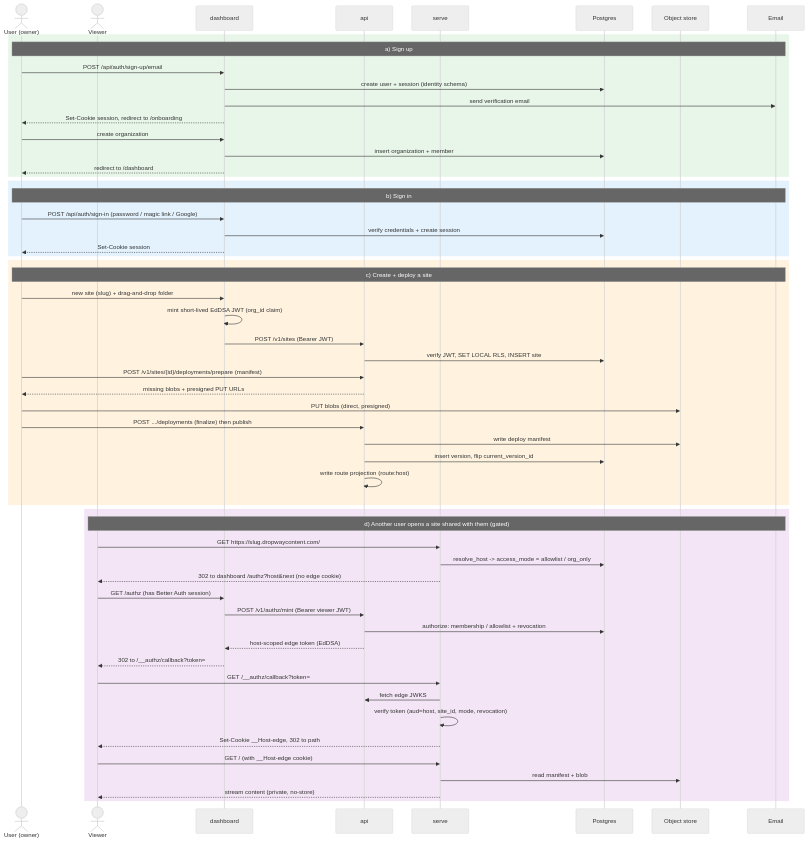
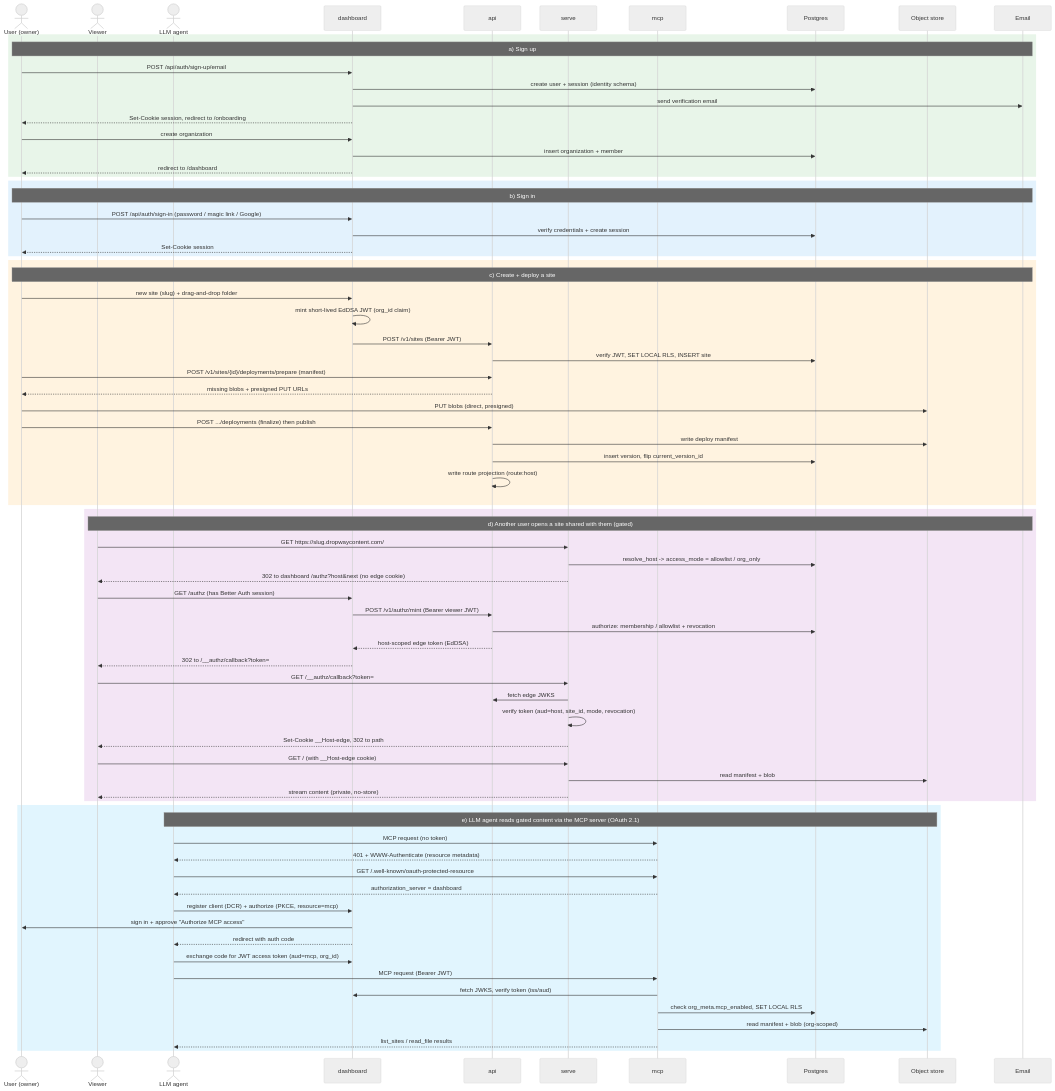
Before and after one commit to danielpang/dropway: the second of 2 diagrams in docs/diagrams/README.md, drawn with Mermaid (neutral theme). The commit also changed other lines of this file and 6 other files, not shown here.

First line of the commit message:
docs: MCP server setup instructions + factor it into the system diagrams

````diff
--- a/docs/diagrams/README.md
+++ b/docs/diagrams/README.md
@@ -68,63 +85,82 @@
 ```mermaid
 sequenceDiagram
   actor U as User (owner)
   actor V as Viewer
+  actor L as LLM agent
   participant D as dashboard
   participant A as api
   participant S as serve
+  participant MCP as mcp
   participant PG as Postgres
   participant OS as Object store
   participant M as Email
 
   rect rgb(232,245,233)
     note over U,M: a) Sign up
     U->>D: POST /api/auth/sign-up/email
     D->>PG: create user + session (identity schema)
     D->>M: send verification email
     D-->>U: Set-Cookie session, redirect to /onboarding
     U->>D: create organization
     D->>PG: insert organization + member
     D-->>U: redirect to /dashboard
   end
 
   rect rgb(227,242,253)
     note over U,M: b) Sign in
     U->>D: POST /api/auth/sign-in (password / magic link / Google)
     D->>PG: verify credentials + create session
     D-->>U: Set-Cookie session
   end
 
   rect rgb(255,243,224)
     note over U,M: c) Create + deploy a site
     U->>D: new site (slug) + drag-and-drop folder
     D->>D: mint short-lived EdDSA JWT (org_id claim)
     D->>A: POST /v1/sites (Bearer JWT)
     A->>PG: verify JWT, SET LOCAL RLS, INSERT site
     U->>A: POST /v1/sites/{id}/deployments/prepare (manifest)
     A-->>U: missing blobs + presigned PUT URLs
     U->>OS: PUT blobs (direct, presigned)
     U->>A: POST .../deployments (finalize) then publish
     A->>OS: write deploy manifest
     A->>PG: insert version, flip current_version_id
     A->>A: write route projection (route:host)
   end
 
   rect rgb(243,229,245)
     note over V,M: d) Another user opens a site shared with them (gated)
     V->>S: GET https://slug.dropwaycontent.com/
     S->>PG: resolve_host -> access_mode = allowlist / org_only
     S-->>V: 302 to dashboard /authz?host&next (no edge cookie)
     V->>D: GET /authz (has Better Auth session)
     D->>A: POST /v1/authz/mint (Bearer viewer JWT)
     A->>PG: authorize: membership / allowlist + revocation
     A-->>D: host-scoped edge token (EdDSA)
     D-->>V: 302 to /__authz/callback?token=
     V->>S: GET /__authz/callback?token=
     S->>A: fetch edge JWKS
     S->>S: verify token (aud=host, site_id, mode, revocation)
     S-->>V: Set-Cookie __Host-edge, 302 to path
     V->>S: GET / (with __Host-edge cookie)
     S->>OS: read manifest + blob
     S-->>V: stream content (private, no-store)
   end
+
+  rect rgb(225,245,254)
+    note over L,OS: e) LLM agent reads gated content via the MCP server (OAuth 2.1)
+    L->>MCP: MCP request (no token)
+    MCP-->>L: 401 + WWW-Authenticate (resource metadata)
+    L->>MCP: GET /.well-known/oauth-protected-resource
+    MCP-->>L: authorization_server = dashboard
+    L->>D: register client (DCR) + authorize (PKCE, resource=mcp)
+    D->>U: sign in + approve "Authorize MCP access"
+    D-->>L: redirect with auth code
+    L->>D: exchange code for JWT access token (aud=mcp, org_id)
+    L->>MCP: MCP request (Bearer JWT)
+    MCP->>D: fetch JWKS, verify token (iss/aud)
+    MCP->>PG: check org_meta.mcp_enabled, SET LOCAL RLS
+    MCP->>OS: read manifest + blob (org-scoped)
+    MCP-->>L: list_sites / read_file results
+  end
 ```
````
